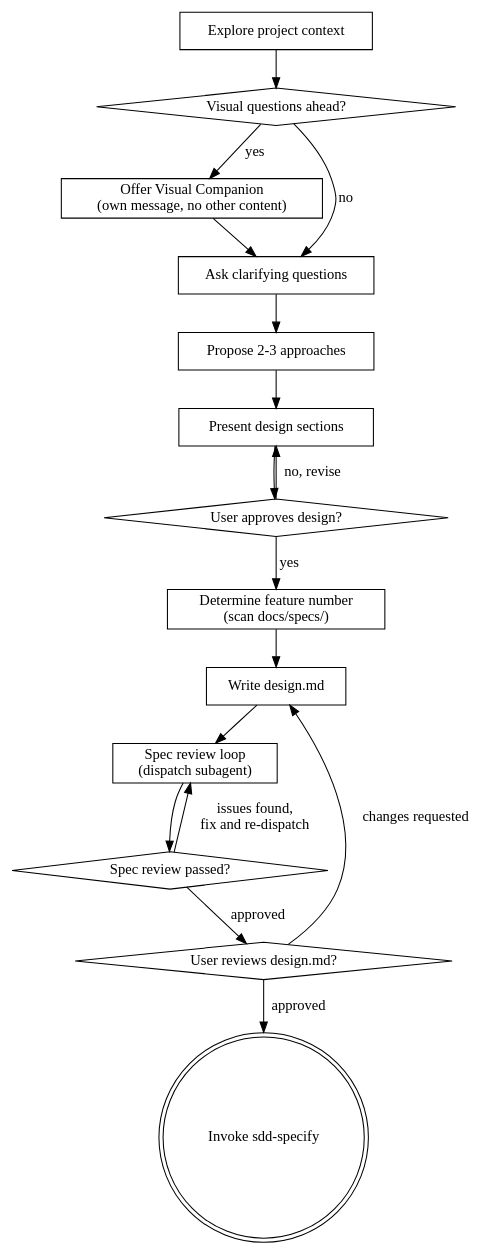
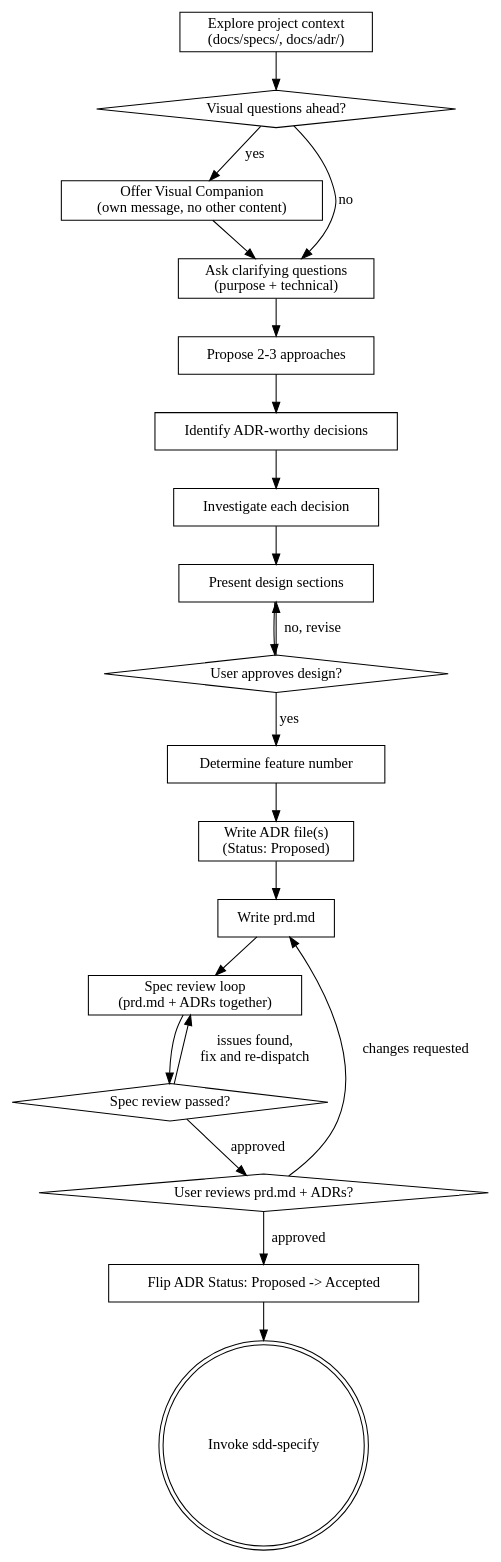
The diagram in skills/sdd-brainstorm/reference.md (hllj/sdd-superpowers), drawn with Graphviz before and after one commit. The commit also changed other lines of this file and 23 other files, not shown here.

First line of the commit message:
Merge sdd-brainstorm and sdd-research into one Tech-Lead skill (ADRs + PRD) (#50)

````diff
--- a/skills/sdd-brainstorm/reference.md
+++ b/skills/sdd-brainstorm/reference.md
@@ -22,34 +34,42 @@
 ```dot
 digraph sdd_brainstorm {
-    "Explore project context" [shape=box];
+    "Explore project context\n(docs/specs/, docs/adr/)" [shape=box];
     "Visual questions ahead?" [shape=diamond];
     "Offer Visual Companion\n(own message, no other content)" [shape=box];
-    "Ask clarifying questions" [shape=box];
+    "Ask clarifying questions\n(purpose + technical)" [shape=box];
     "Propose 2-3 approaches" [shape=box];
+    "Identify ADR-worthy decisions" [shape=box];
+    "Investigate each decision" [shape=box];
     "Present design sections" [shape=box];
     "User approves design?" [shape=diamond];
-    "Determine feature number\n(scan docs/specs/)" [shape=box];
-    "Write design.md" [shape=box];
-    "Spec review loop\n(dispatch subagent)" [shape=box];
+    "Determine feature number" [shape=box];
+    "Write ADR file(s)\n(Status: Proposed)" [shape=box];
+    "Write prd.md" [shape=box];
+    "Spec review loop\n(prd.md + ADRs together)" [shape=box];
     "Spec review passed?" [shape=diamond];
-    "User reviews design.md?" [shape=diamond];
+    "User reviews prd.md + ADRs?" [shape=diamond];
+    "Flip ADR Status: Proposed -> Accepted" [shape=box];
     "Invoke sdd-specify" [shape=doublecircle];
 
-    "Explore project context" -> "Visual questions ahead?";
+    "Explore project context\n(docs/specs/, docs/adr/)" -> "Visual questions ahead?";
     "Visual questions ahead?" -> "Offer Visual Companion\n(own message, no other content)" [label="yes"];
-    "Visual questions ahead?" -> "Ask clarifying questions" [label="no"];
-    "Offer Visual Companion\n(own message, no other content)" -> "Ask clarifying questions";
-    "Ask clarifying questions" -> "Propose 2-3 approaches";
-    "Propose 2-3 approaches" -> "Present design sections";
-    "Present design sections" -> "User approves design?" ;
+    "Visual questions ahead?" -> "Ask clarifying questions\n(purpose + technical)" [label="no"];
+    "Offer Visual Companion\n(own message, no other content)" -> "Ask clarifying questions\n(purpose + technical)";
+    "Ask clarifying questions\n(purpose + technical)" -> "Propose 2-3 approaches";
+    "Propose 2-3 approaches" -> "Identify ADR-worthy decisions";
+    "Identify ADR-worthy decisions" -> "Investigate each decision";
+    "Investigate each decision" -> "Present design sections";
+    "Present design sections" -> "User approves design?";
     "User approves design?" -> "Present design sections" [label="no, revise"];
-    "User approves design?" -> "Determine feature number\n(scan docs/specs/)" [label="yes"];
-    "Determine feature number\n(scan docs/specs/)" -> "Write design.md";
-    "Write design.md" -> "Spec review loop\n(dispatch subagent)";
-    "Spec review loop\n(dispatch subagent)" -> "Spec review passed?";
-    "Spec review passed?" -> "Spec review loop\n(dispatch subagent)" [label="issues found,\nfix and re-dispatch"];
-    "Spec review passed?" -> "User reviews design.md?" [label="approved"];
-    "User reviews design.md?" -> "Write design.md" [label="changes requested"];
-    "User reviews design.md?" -> "Invoke sdd-specify" [label="approved"];
+    "User approves design?" -> "Determine feature number" [label="yes"];
+    "Determine feature number" -> "Write ADR file(s)\n(Status: Proposed)";
+    "Write ADR file(s)\n(Status: Proposed)" -> "Write prd.md";
+    "Write prd.md" -> "Spec review loop\n(prd.md + ADRs together)";
+    "Spec review loop\n(prd.md + ADRs together)" -> "Spec review passed?";
+    "Spec review passed?" -> "Spec review loop\n(prd.md + ADRs together)" [label="issues found,\nfix and re-dispatch"];
+    "Spec review passed?" -> "User reviews prd.md + ADRs?" [label="approved"];
+    "User reviews prd.md + ADRs?" -> "Write prd.md" [label="changes requested"];
+    "User reviews prd.md + ADRs?" -> "Flip ADR Status: Proposed -> Accepted" [label="approved"];
+    "Flip ADR Status: Proposed -> Accepted" -> "Invoke sdd-specify";
 }
 ```
````
